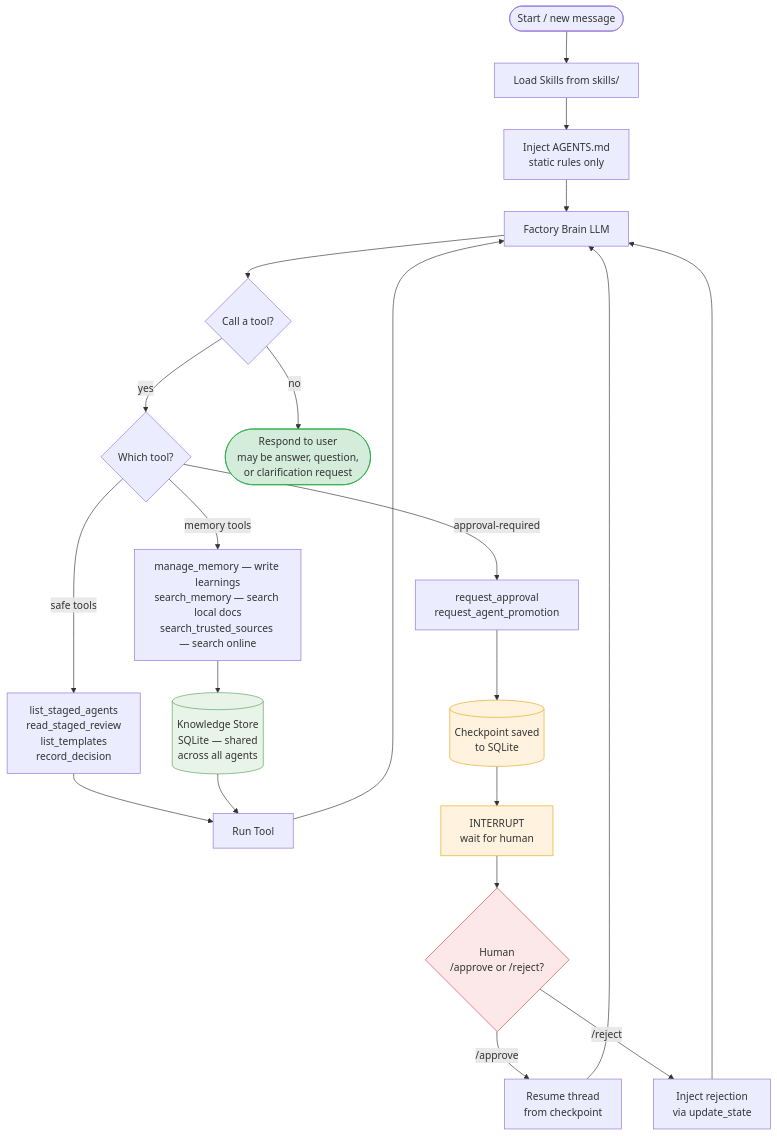
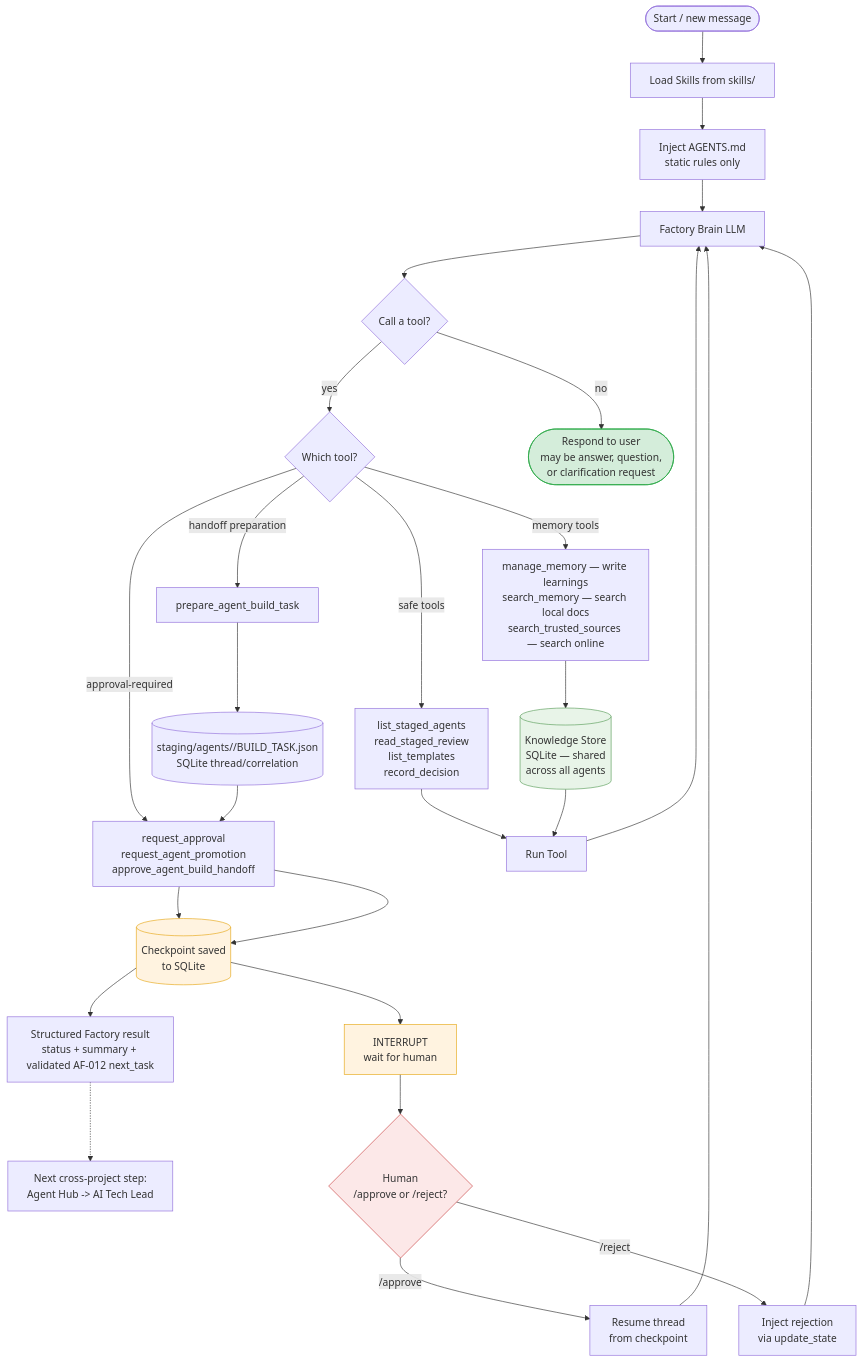
The diagram in docs/factory-brain-flow.md (robvoto/agent-factory), drawn with Mermaid before and after one commit. The commit also changed other lines of this file and 12 other files, not shown here.

````diff
--- a/docs/factory-brain-flow.md
+++ b/docs/factory-brain-flow.md
@@ -5,34 +5,41 @@
 ```mermaid
 flowchart TD
     Start([Start / new message]) --> Skills[Load Skills from skills/]
     Skills --> Memory[Inject AGENTS.md\nstatic rules only]
     Memory --> LLM[Factory Brain LLM]
 
     LLM --> Decide{Call a tool?}
 
     Decide -->|yes| WhichTool{Which tool?}
     Decide -->|no| Respond([Respond to user\nmay be answer, question,\nor clarification request])
 
     WhichTool -->|safe tools| SafeTools["list_staged_agents\nread_staged_review\nlist_templates\nrecord_decision"]
     WhichTool -->|memory tools| MemTools["manage_memory — write learnings\nsearch_memory — search local docs\nsearch_trusted_sources — search online"]
-    WhichTool -->|approval-required| ApprovalTool["request_approval\nrequest_agent_promotion"]
+    WhichTool -->|handoff preparation| BuildTask["prepare_agent_build_task"]
+    WhichTool -->|approval-required| ApprovalTool["request_approval\nrequest_agent_promotion\napprove_agent_build_handoff"]
 
     SafeTools --> RunTool[Run Tool]
     MemTools --> KnowledgeStore[(Knowledge Store\nSQLite — shared\nacross all agents)]
     KnowledgeStore --> RunTool
     RunTool --> LLM
+
+    BuildTask --> BuildArtifact[(staging/agents/<id>/BUILD_TASK.json\nSQLite thread/correlation)]
+    BuildArtifact --> ApprovalTool
+    ApprovalTool --> Checkpoint
+    Checkpoint --> StructuredResult["Structured Factory result\nstatus + summary + validated AF-012 next_task"]
+    StructuredResult -.-> FutureBridge["Next cross-project step:\nAgent Hub -> AI Tech Lead"]
 
     ApprovalTool --> Checkpoint[(Checkpoint saved\nto SQLite)]
     Checkpoint --> Interrupt[INTERRUPT\nwait for human]
     Interrupt --> Human{Human\n/approve or /reject?}
     Human -->|/approve| Resume[Resume thread\nfrom checkpoint]
     Human -->|/reject| Reject[Inject rejection\nvia update_state]
     Resume --> LLM
     Reject --> LLM
 
     style KnowledgeStore fill:#e8f4e8,stroke:#5a9e5a
     style Checkpoint fill:#fff3e0,stroke:#e6a817
     style Interrupt fill:#fff3e0,stroke:#e6a817
     style Human fill:#fce8e8,stroke:#cc4444
     style Respond fill:#d4edda,stroke:#28a745
 ```
````
